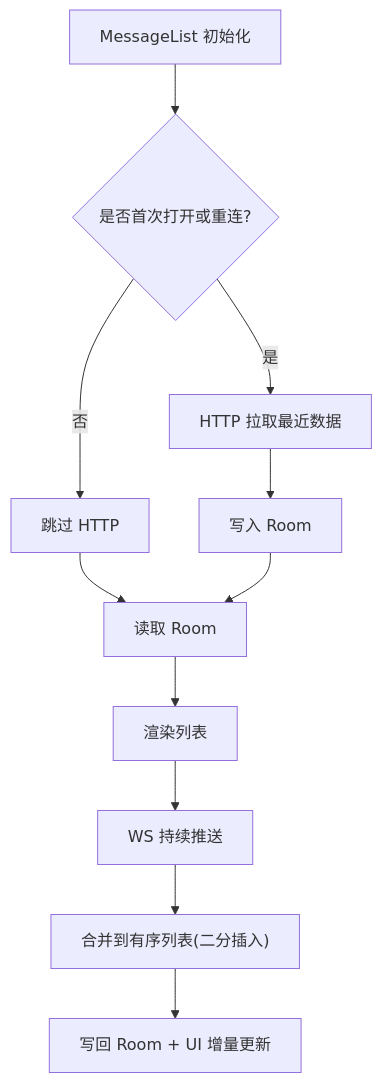
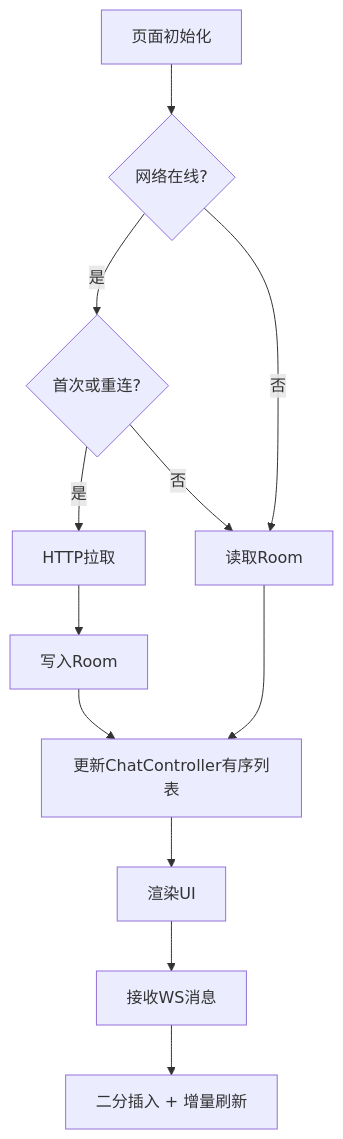
One commit to nangong918/magic-vector changed diagram 29 of 32 in app/android/docs/AndroidDesignDocument.md. Above: the diagram before and after it, drawn with Mermaid. The commit also changed other lines of this file and 3 other files, not shown here.

````diff
--- a/app/android/docs/AndroidDesignDocument.md
+++ b/app/android/docs/AndroidDesignDocument.md
@@ -753,13 +839,14 @@
 ```mermaid
 flowchart TD
-    A[MessageList 初始化] --> B{是否首次打开或重连?}
-    B -- 是 --> C[HTTP 拉取最近数据]
-    B -- 否 --> D[跳过 HTTP]
-    C --> E[写入 Room]
-    D --> F[读取 Room]
-    E --> F
-    F --> G[渲染列表]
-    G --> H[WS 持续推送]
-    H --> I["合并到有序列表(二分插入)"]
-    I --> J[写回 Room + UI 增量更新]
+    A[页面初始化] --> B{网络在线?}
+    B -- 是 --> C{首次或重连?}
+    C -- 是 --> D[HTTP拉取]
+    C -- 否 --> E[读取Room]
+    D --> F[写入Room]
+    F --> G[更新ChatController有序列表]
+    E --> G
+    B -- 否 --> E
+    G --> H[渲染UI]
+    H --> I[接收WS消息]
+    I --> J[二分插入 + 增量刷新]
 ```
````
